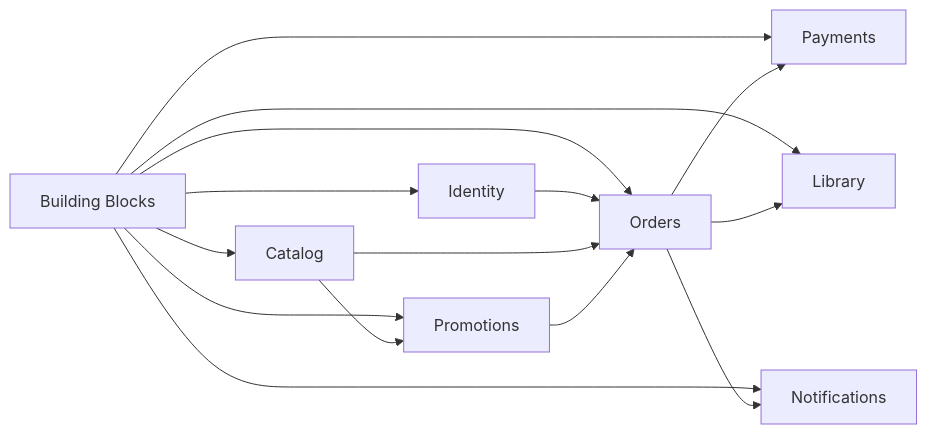
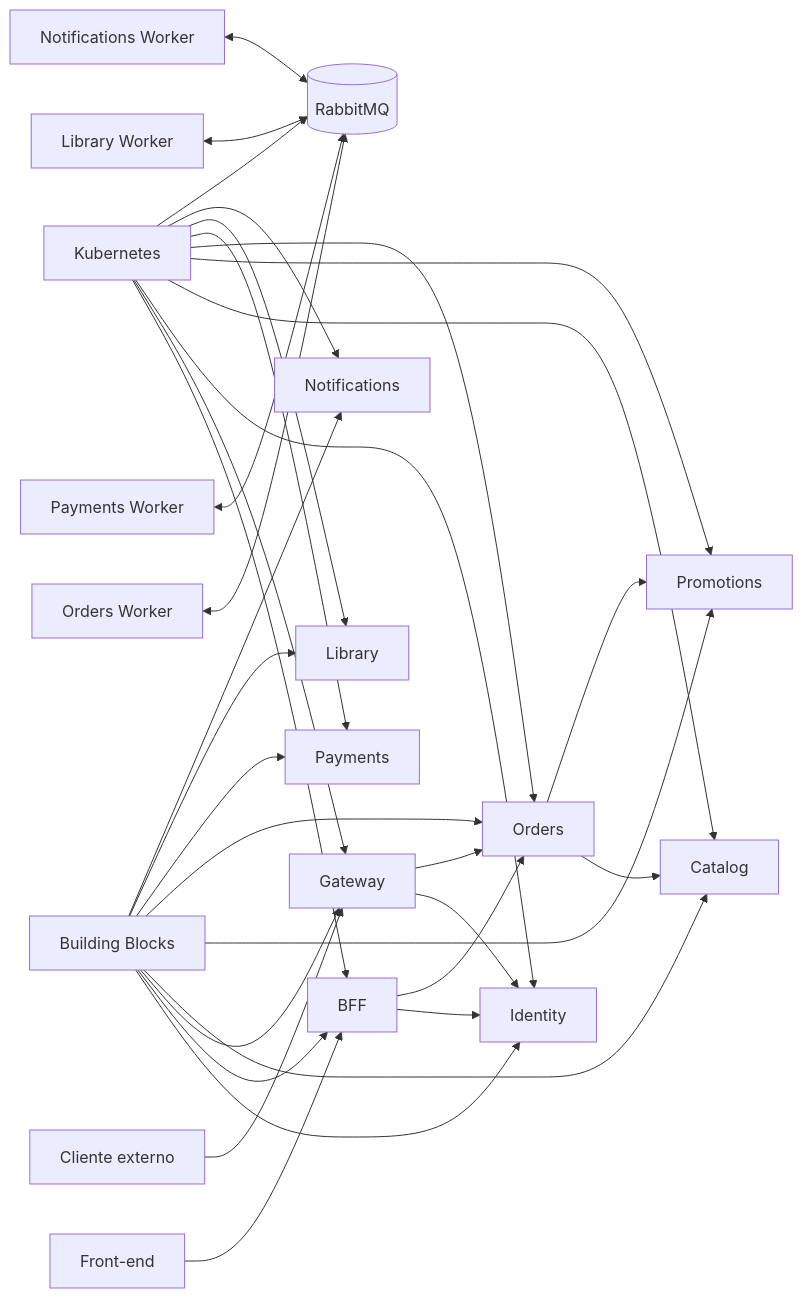
The diagram in docs/architecture/migration-roadmap.md (MarinsPedro/fcg-dotnet-building-blocks), drawn with Mermaid before and after one commit. The commit also changed other lines of this file and 5 other files, not shown here.

Commit message:
docs-align-final-architecture-scope

````diff
--- a/docs/architecture/migration-roadmap.md
+++ b/docs/architecture/migration-roadmap.md
@@ -104,18 +54,37 @@
 ```mermaid
 flowchart LR
     BB[Building Blocks] --> Identity
+    BB --> BFF
+    BB --> Gateway
     BB --> Catalog
     BB --> Promotions
     BB --> Orders
     BB --> Payments
     BB --> Library
     BB --> Notifications
 
-    Identity --> Orders
-    Catalog --> Promotions
-    Catalog --> Orders
-    Promotions --> Orders
-    Orders --> Payments
-    Orders --> Library
-    Orders --> Notifications
+    Web[Front-end] --> BFF
+    Client[Cliente externo] --> Gateway
+    BFF --> Identity
+    Gateway --> Identity
+    BFF --> Orders
+    Gateway --> Orders
+    Orders --> Catalog
+    Orders --> Promotions
+
+    OrdersWorker[Orders Worker] <--> Rabbit[(RabbitMQ)]
+    PaymentsWorker[Payments Worker] <--> Rabbit
+    LibraryWorker[Library Worker] <--> Rabbit
+    NotificationsWorker[Notifications Worker] <--> Rabbit
+
+    Platform[Kubernetes] --> BFF
+    Platform --> Gateway
+    Platform --> Identity
+    Platform --> Catalog
+    Platform --> Promotions
+    Platform --> Orders
+    Platform --> Payments
+    Platform --> Library
+    Platform --> Notifications
+    Platform --> Rabbit
 ```
````
